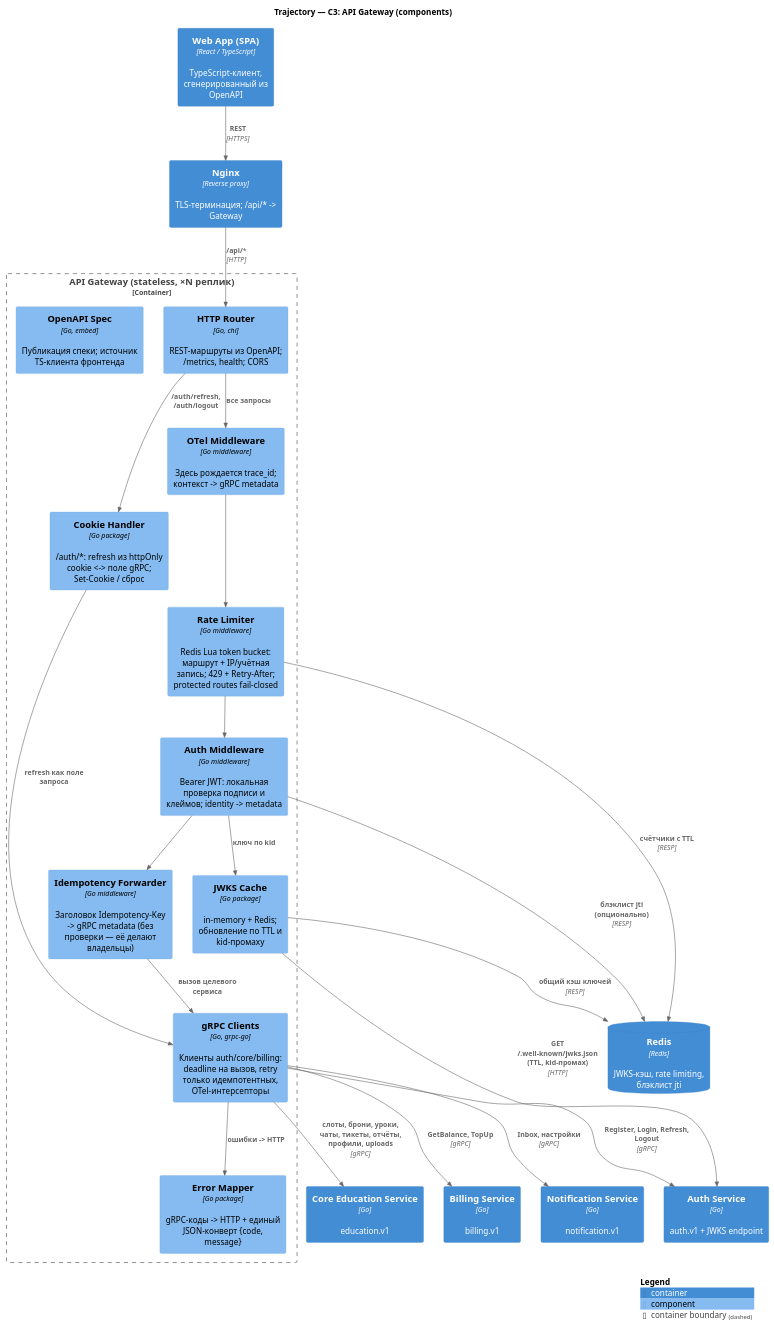
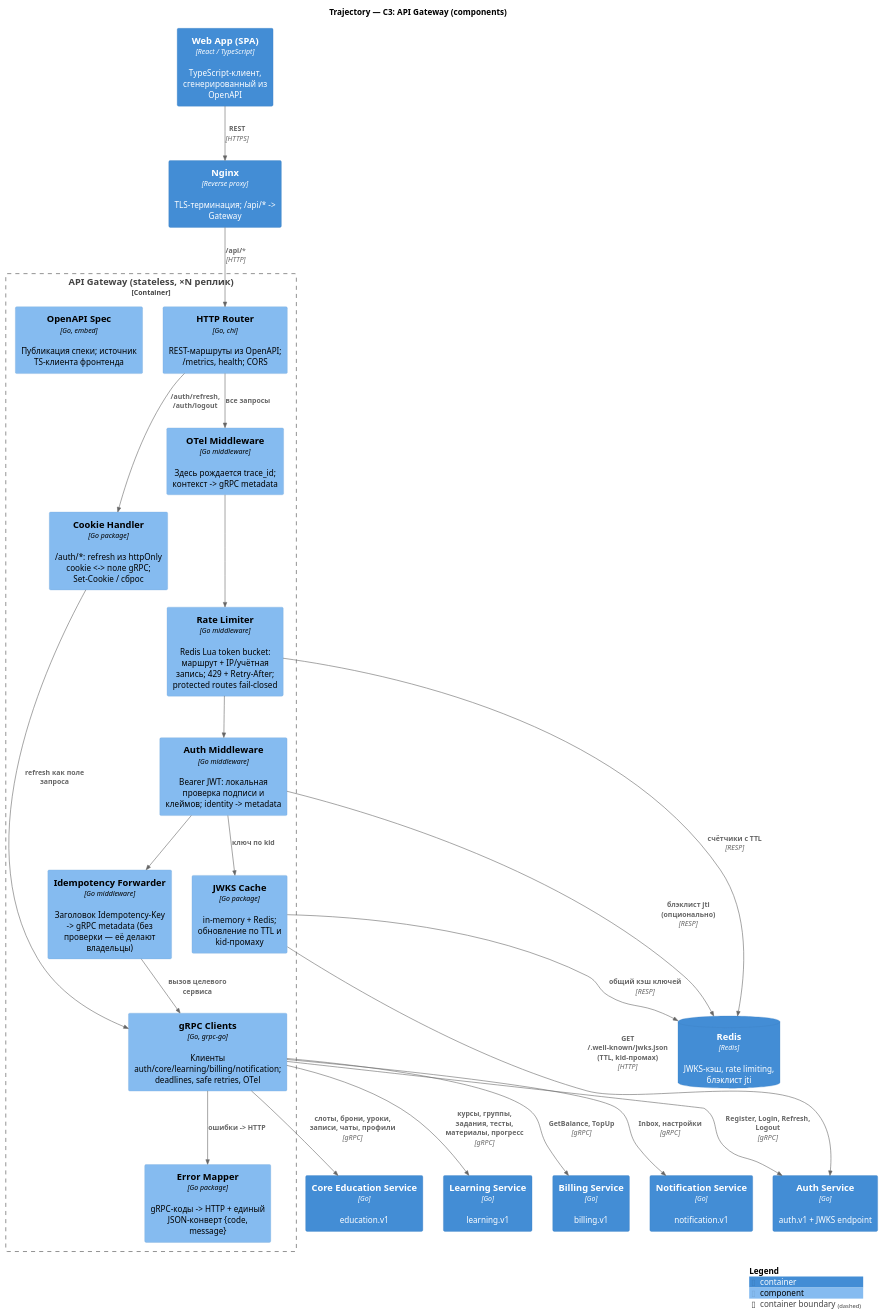
The diagram in Системный анализ/diagrams/c4/c3-api-gateway.puml (trajectory-platform/architeture), drawn with PlantUML before and after one commit. The commit also changed 57 other files, not shown here.

```diff
--- a/Системный анализ/diagrams/c4/c3-api-gateway.puml
+++ b/Системный анализ/diagrams/c4/c3-api-gateway.puml
@@ -1,52 +1,54 @@
 @startuml c3-api-gateway
 !include <C4/C4_Component>
 
 title Trajectory — C3: API Gateway (components)
 
 Container(nginx, "Nginx", "Reverse proxy", "TLS-терминация; /api/* -> Gateway")
 Container(spa, "Web App (SPA)", "React / TypeScript", "TypeScript-клиент, сгенерированный из OpenAPI")
 Container(auth, "Auth Service", "Go", "auth.v1 + JWKS endpoint")
 Container(core, "Core Education Service", "Go", "education.v1")
+Container(learning, "Learning Service", "Go", "learning.v1")
 Container(billing, "Billing Service", "Go", "billing.v1")
 Container(notification, "Notification Service", "Go", "notification.v1")
 ContainerDb(redis, "Redis", "Redis", "JWKS-кэш, rate limiting, блэклист jti")
 
 Container_Boundary(gateway, "API Gateway (stateless, ×N реплик)") {
     Component(router, "HTTP Router", "Go, chi", "REST-маршруты из OpenAPI; /metrics, health; CORS")
     Component(otel_mw, "OTel Middleware", "Go middleware", "Здесь рождается trace_id; контекст -> gRPC metadata")
     Component(auth_mw, "Auth Middleware", "Go middleware", "Bearer JWT: локальная проверка подписи и клеймов; identity -> metadata")
     Component(jwks_cache, "JWKS Cache", "Go package", "in-memory + Redis; обновление по TTL и kid-промаху")
     Component(ratelimit, "Rate Limiter", "Go middleware", "Redis Lua token bucket: маршрут + IP/учётная запись; 429 + Retry-After; protected routes fail-closed")
     Component(idem_mw, "Idempotency Forwarder", "Go middleware", "Заголовок Idempotency-Key -> gRPC metadata (без проверки — её делают владельцы)")
     Component(cookie, "Cookie Handler", "Go package", "/auth/*: refresh из httpOnly cookie <-> поле gRPC; Set-Cookie / сброс")
-    Component(grpc_clients, "gRPC Clients", "Go, grpc-go", "Клиенты auth/core/billing: deadline на вызов, retry только идемпотентных, OTel-интерсепторы")
+    Component(grpc_clients, "gRPC Clients", "Go, grpc-go", "Клиенты auth/core/learning/billing/notification; deadlines, safe retries, OTel")
     Component(err_mapper, "Error Mapper", "Go package", "gRPC-коды -> HTTP + единый JSON-конверт {code, message}")
     Component(openapi, "OpenAPI Spec", "Go, embed", "Публикация спеки; источник TS-клиента фронтенда")
 }
 
 Rel(spa, nginx, "REST", "HTTPS")
 Rel(nginx, router, "/api/*", "HTTP")
 
 Rel(router, otel_mw, "все запросы")
 Rel(otel_mw, ratelimit, "")
 Rel(ratelimit, auth_mw, "")
 Rel(auth_mw, idem_mw, "")
 Rel(idem_mw, grpc_clients, "вызов целевого сервиса")
 
 Rel(auth_mw, jwks_cache, "ключ по kid")
 Rel(jwks_cache, auth, "GET /.well-known/jwks.json (TTL, kid-промах)", "HTTP")
 Rel(jwks_cache, redis, "общий кэш ключей", "RESP")
 Rel(auth_mw, redis, "блэклист jti (опционально)", "RESP")
 Rel(ratelimit, redis, "счётчики с TTL", "RESP")
 
 Rel(router, cookie, "/auth/refresh, /auth/logout")
 Rel(cookie, grpc_clients, "refresh как поле запроса")
 
 Rel(grpc_clients, auth, "Register, Login, Refresh, Logout", "gRPC")
-Rel(grpc_clients, core, "слоты, брони, уроки, чаты, тикеты, отчёты, профили, uploads", "gRPC")
+Rel(grpc_clients, core, "слоты, брони, уроки, записи, чаты, профили", "gRPC")
+Rel(grpc_clients, learning, "курсы, группы, задания, тесты, материалы, прогресс", "gRPC")
 Rel(grpc_clients, billing, "GetBalance, TopUp", "gRPC")
 Rel(grpc_clients, notification, "Inbox, настройки", "gRPC")
 Rel(grpc_clients, err_mapper, "ошибки -> HTTP")
 
 SHOW_LEGEND()
 @enduml
```
